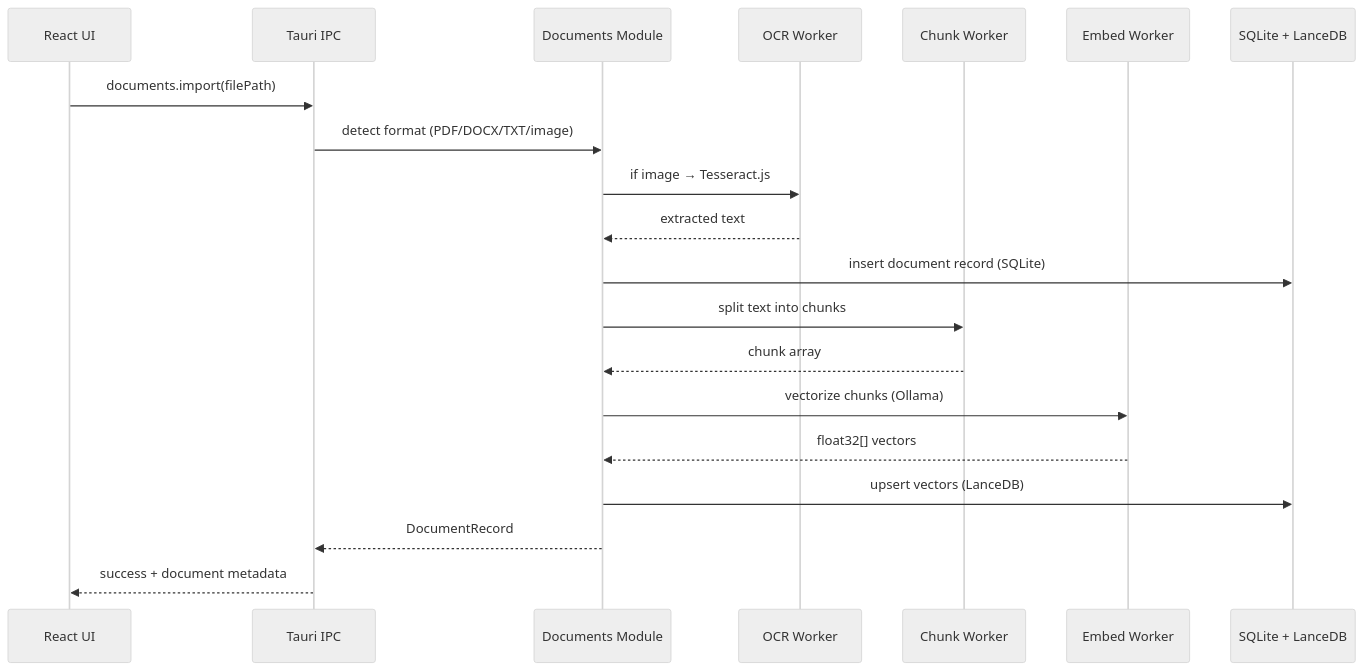
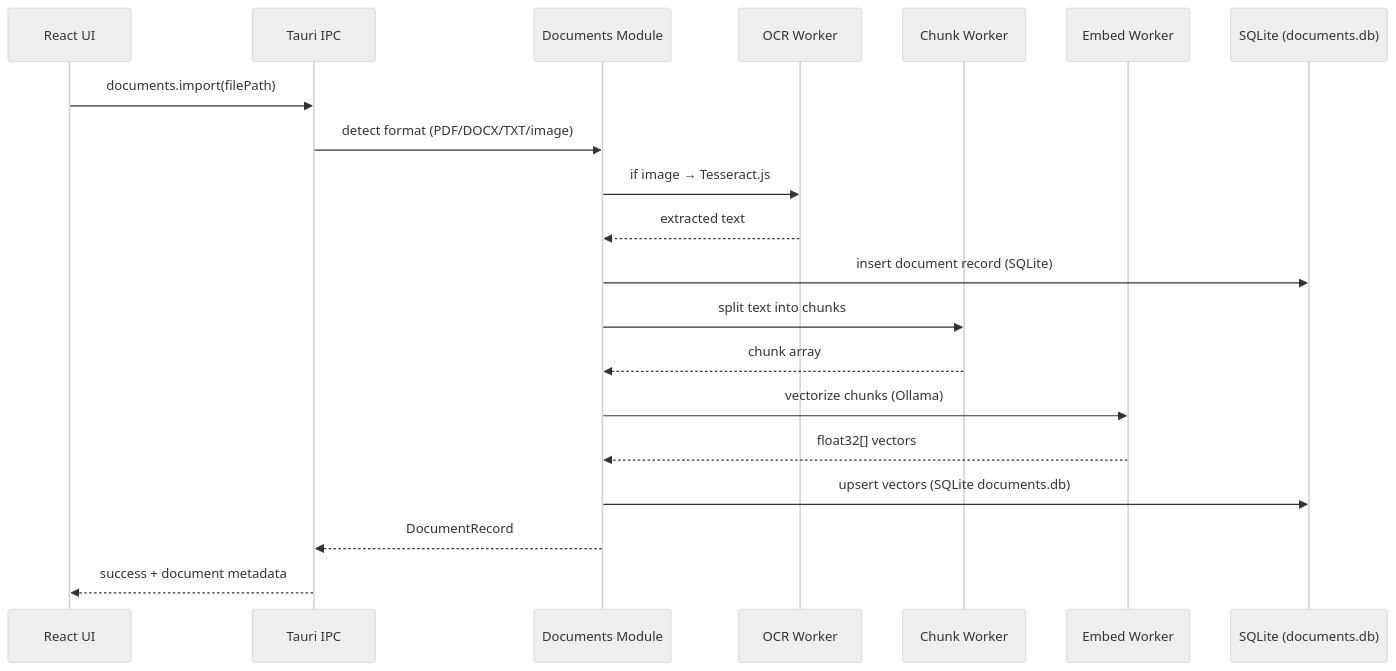
One commit to saeedkolivand/ai-job-hunter-app changed the third of 7 diagrams in docs/ARCHITECTURE.md. Above: the diagram before and after it, drawn with Mermaid (neutral theme). The commit also changed other lines of this file and 77 other files, not shown here.

````diff
--- a/docs/ARCHITECTURE.md
+++ b/docs/ARCHITECTURE.md
@@ -216,23 +216,23 @@
 ```mermaid
 sequenceDiagram
     participant UI as React UI
     participant IPC as Tauri IPC
     participant Doc as Documents Module
     participant OCR as OCR Worker
     participant Chunk as Chunk Worker
     participant Embed as Embed Worker
-    participant DB as SQLite + LanceDB
+    participant DB as SQLite (documents.db)
 
     UI->>IPC: documents.import(filePath)
     IPC->>Doc: detect format (PDF/DOCX/TXT/image)
     Doc->>OCR: if image → Tesseract.js
     OCR-->>Doc: extracted text
     Doc->>DB: insert document record (SQLite)
     Doc->>Chunk: split text into chunks
     Chunk-->>Doc: chunk array
     Doc->>Embed: vectorize chunks (Ollama)
     Embed-->>Doc: float32[] vectors
-    Doc->>DB: upsert vectors (LanceDB)
+    Doc->>DB: upsert vectors (SQLite documents.db)
     Doc-->>IPC: DocumentRecord
     IPC-->>UI: success + document metadata
 ```
````
